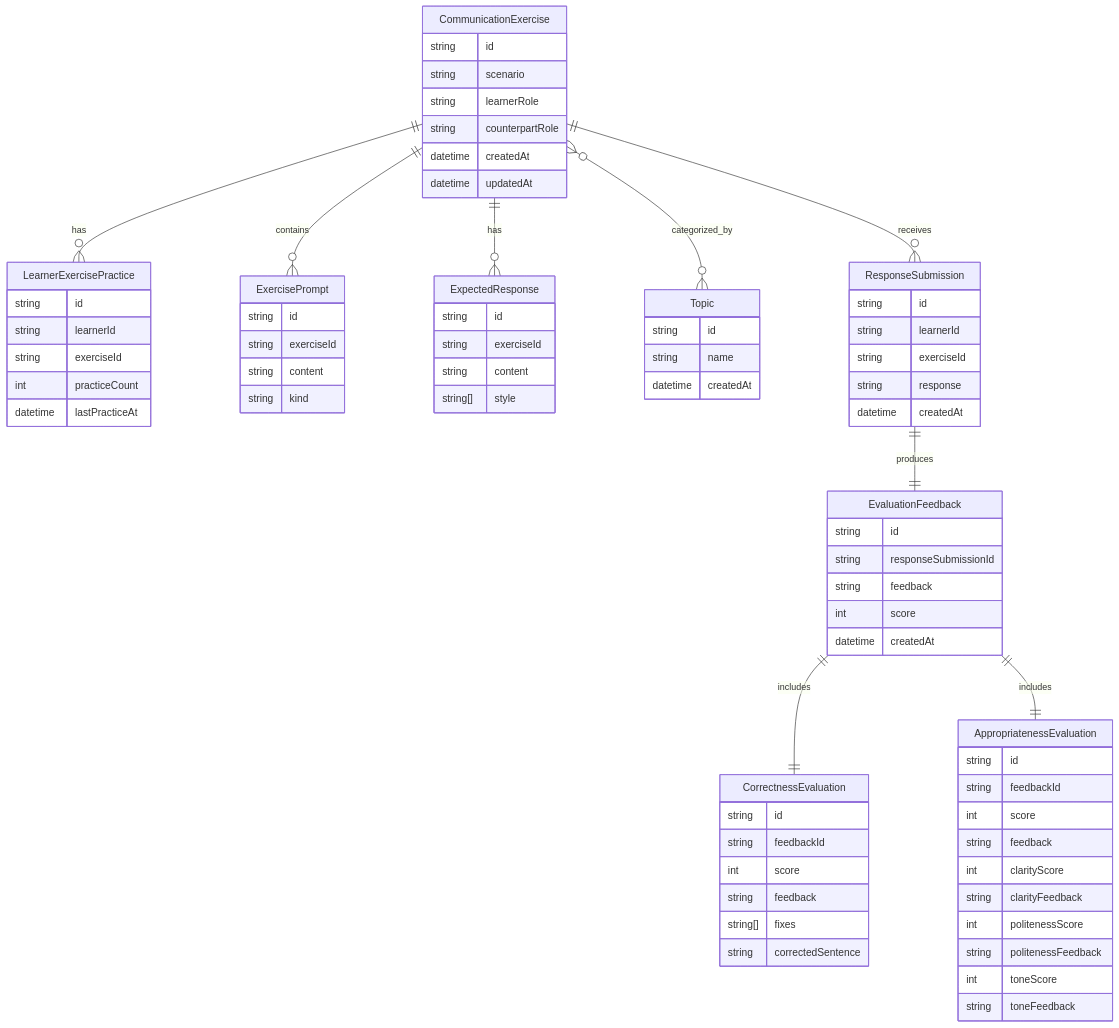
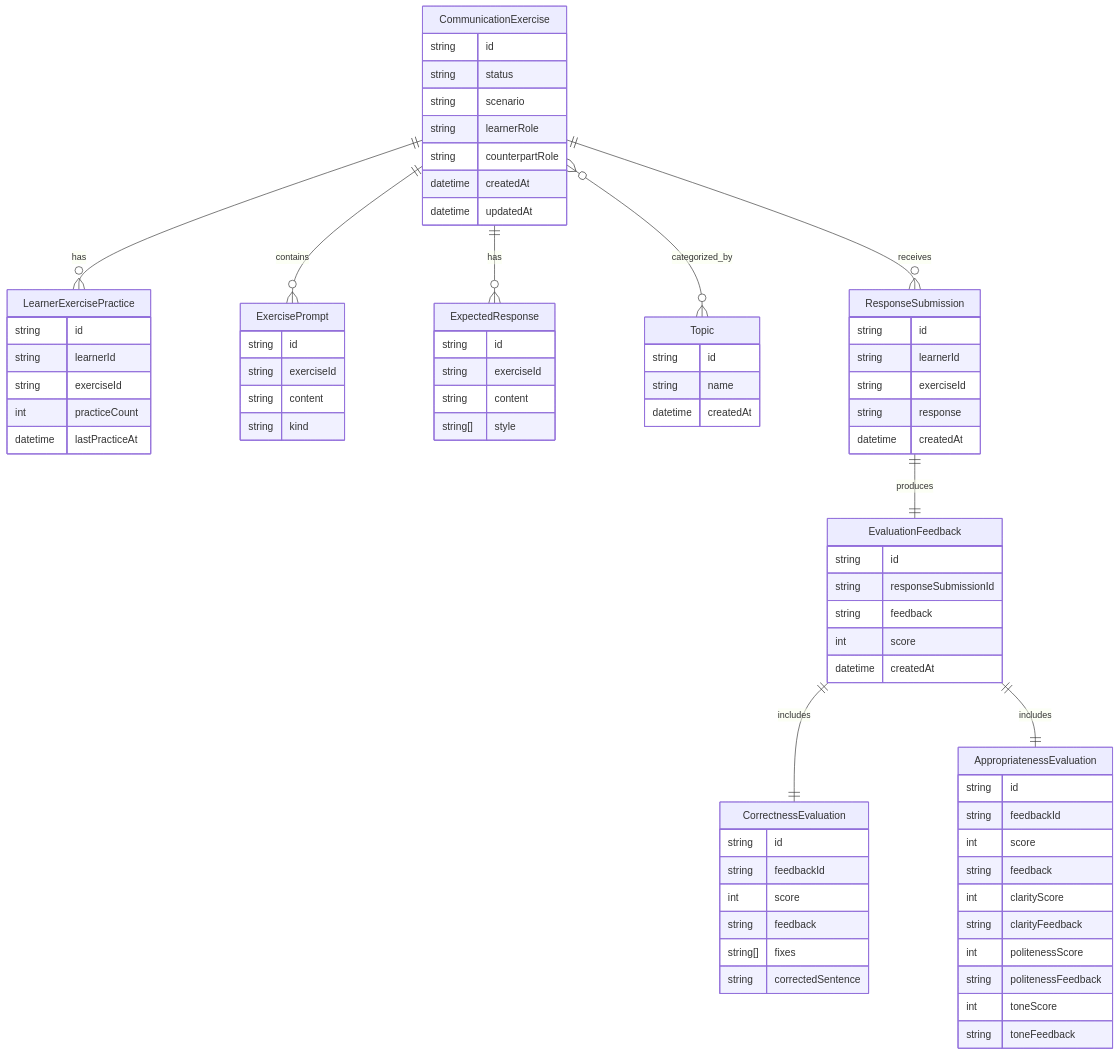
One commit to lamhq/fluento changed the diagram in docs/design/data/communication.md. Above: the diagram before and after it, drawn with Mermaid. The commit also changed other lines of this file and 22 other files, not shown here.

```diff
--- a/docs/design/data/communication.md
+++ b/docs/design/data/communication.md
@@ -26,12 +26,15 @@
 
     CommunicationExercise {
         string id
+        string status
         string scenario
         string learnerRole
         string counterpartRole
         datetime createdAt
         datetime updatedAt
     }
+
+    %% status must be one of: active, archived
 
     ExercisePrompt {
         string id
```
